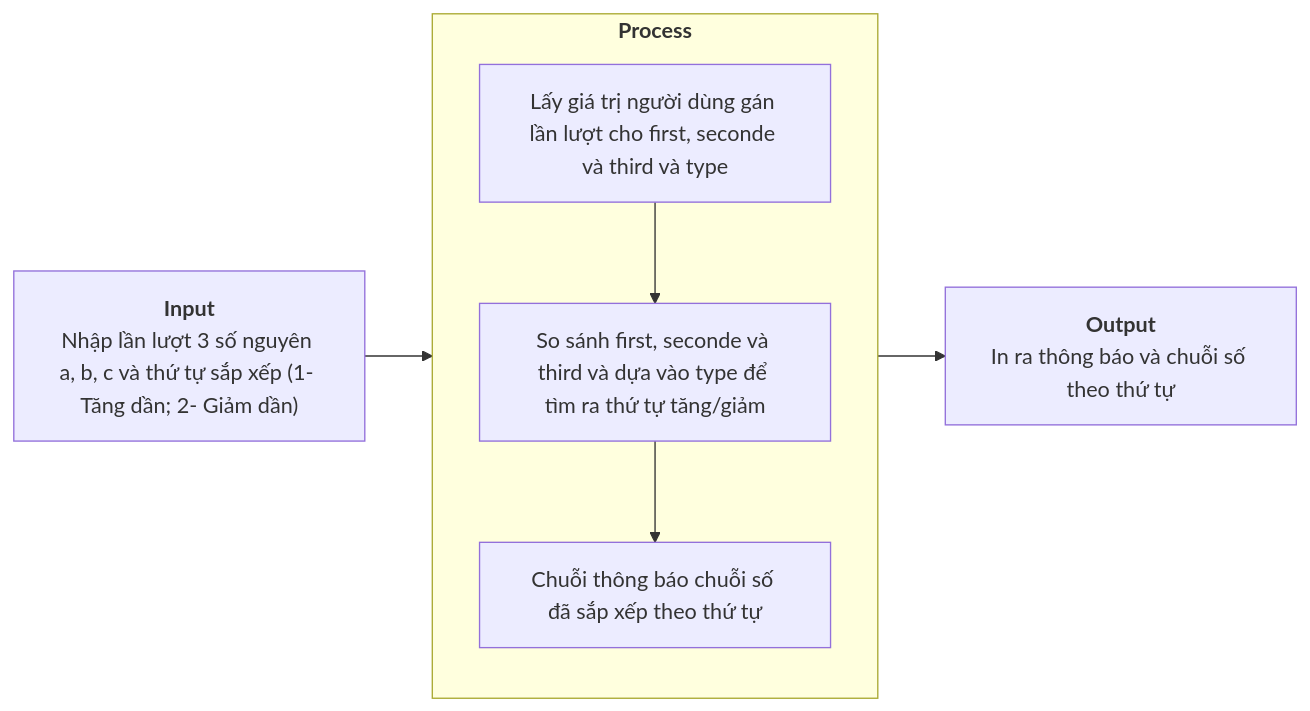
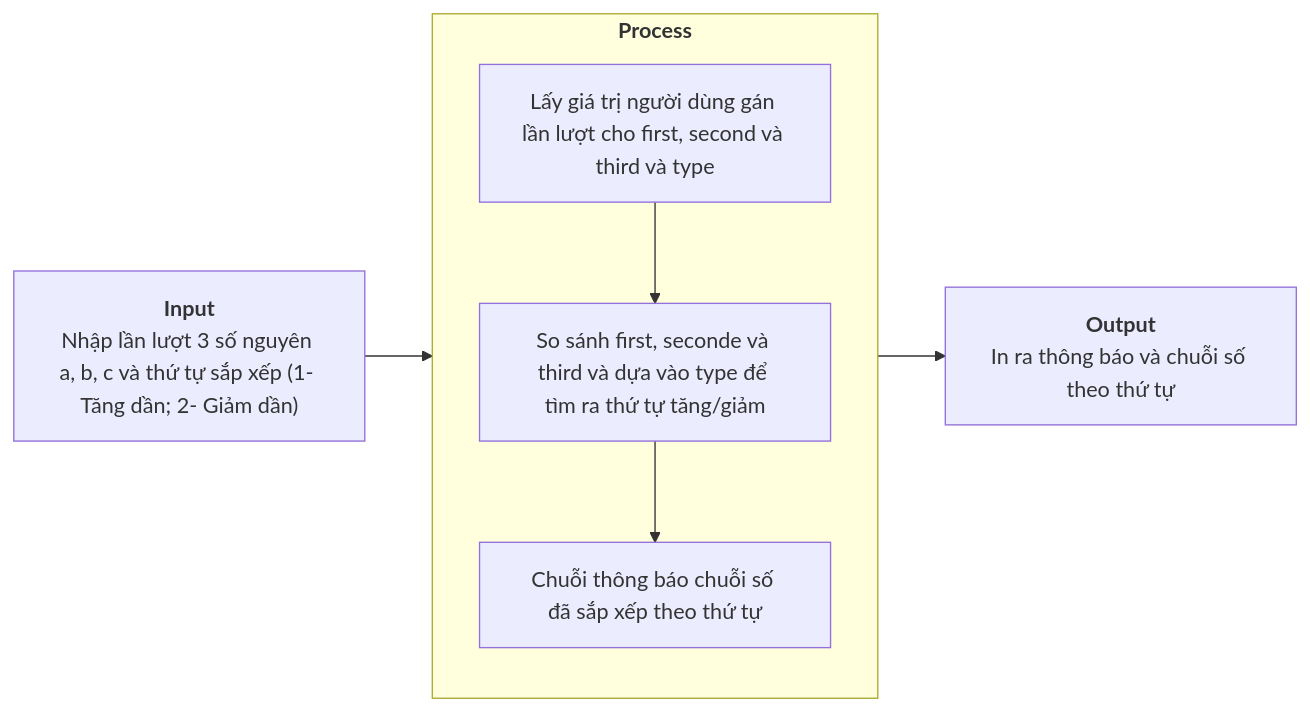
Before and after one commit to ngkhang-dev/bc-java-assig-01-conditional: the third of 5 diagrams in README.md, drawn with Mermaid. The commit also changed other lines of this file and 1 other file, not shown here.

````diff
--- a/README.md
+++ b/README.md
@@ -69,20 +117,20 @@
    ```mermaid
    flowchart LR
        INPUT --> PROCESS --> OUTPUT
        
        INPUT["`**Input**
            Nhập lần lượt 3 số nguyên a, b, c và thứ tự sắp xếp (1- Tăng dần; 2- Giảm dần)
        `"]
        
        subgraph PROCESS["`**Process**`"]
            STEP1  --> STEP2 --> STEP3 
            
-           STEP1["Lấy giá trị người dùng gán lần lượt cho first, seconde và third và type"]
+           STEP1["Lấy giá trị người dùng gán lần lượt cho first, second và third và type"]
            STEP2[So sánh first, seconde và third và dựa vào type để tìm ra thứ tự tăng/giảm]
            STEP3["Chuỗi thông báo chuỗi số đã sắp xếp theo thứ tự"]
        end
        
        OUTPUT["`**Output**
            In ra thông báo và chuỗi số theo thứ tự
        `"]
    ```
````
